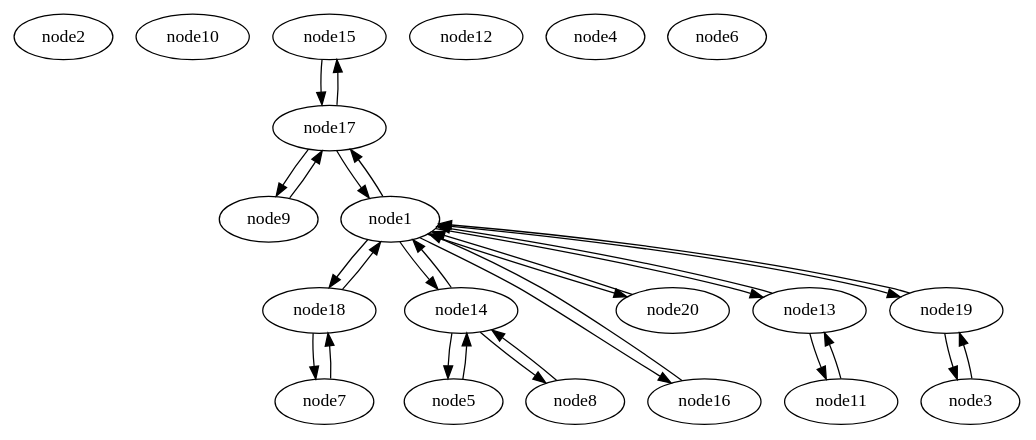
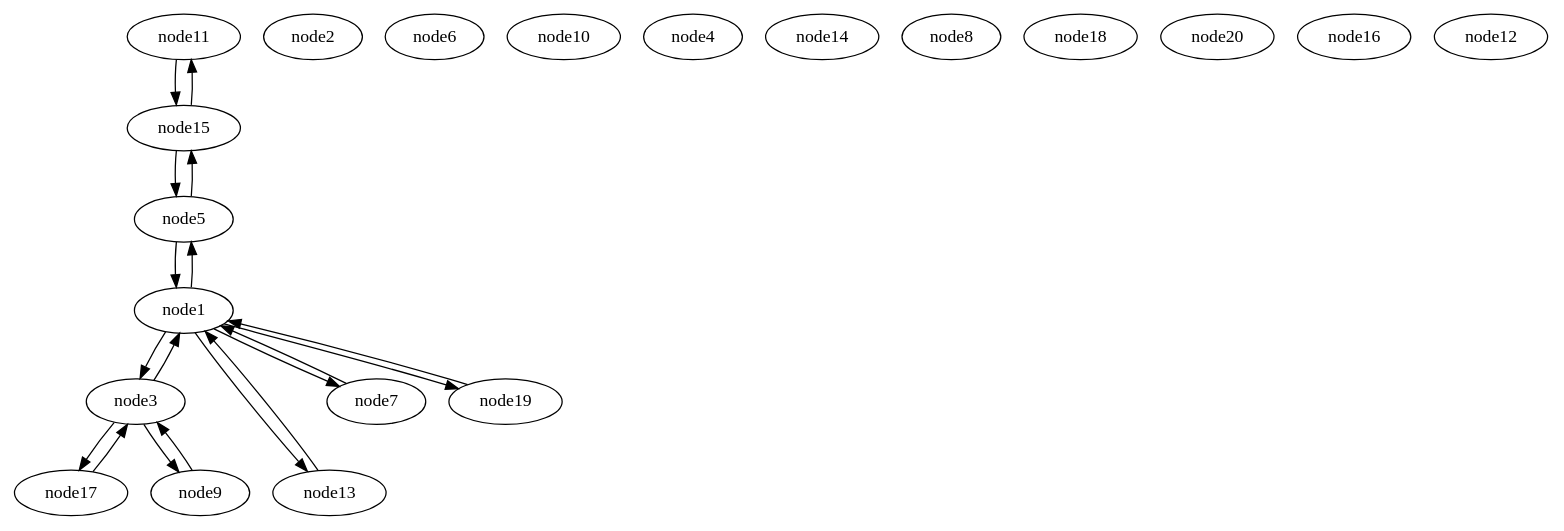
The diagram in graphs/tree_t1_after.gv (c12s/plumtree), drawn with Graphviz before and after one commit. The commit also changed 15 other files, not shown here.

```diff
--- a/graphs/tree_t1_after.gv
+++ b/graphs/tree_t1_after.gv
@@ -1,100 +1,80 @@
 strict digraph {
 
 
+	"node11" [  weight=0 ];
+
+	"node11" -> "node15" [  weight=0 ];
+
 	"node2" [  weight=0 ];
+
+	"node3" [  weight=0 ];
+
+	"node3" -> "node1" [  weight=0 ];
+
+	"node3" -> "node17" [  weight=0 ];
+
+	"node3" -> "node9" [  weight=0 ];
+
+	"node9" [  weight=0 ];
+
+	"node9" -> "node3" [  weight=0 ];
+
+	"node13" [  weight=0 ];
+
+	"node13" -> "node1" [  weight=0 ];
+
+	"node6" [  weight=0 ];
 
 	"node10" [  weight=0 ];
 
 	"node15" [  weight=0 ];
 
-	"node15" -> "node17" [  weight=0 ];
+	"node15" -> "node5" [  weight=0 ];
+
+	"node15" -> "node11" [  weight=0 ];
+
+	"node4" [  weight=0 ];
+
+	"node14" [  weight=0 ];
 
 	"node7" [  weight=0 ];
 
-	"node7" -> "node18" [  weight=0 ];
+	"node7" -> "node1" [  weight=0 ];
 
-	"node9" [  weight=0 ];
+	"node1" [  weight=0 ];
 
-	"node9" -> "node17" [  weight=0 ];
+	"node1" -> "node7" [  weight=0 ];
 
-	"node14" [  weight=0 ];
+	"node1" -> "node13" [  weight=0 ];
 
-	"node14" -> "node1" [  weight=0 ];
+	"node1" -> "node19" [  weight=0 ];
 
-	"node14" -> "node5" [  weight=0 ];
+	"node1" -> "node3" [  weight=0 ];
 
-	"node14" -> "node8" [  weight=0 ];
+	"node1" -> "node5" [  weight=0 ];
 
-	"node16" [  weight=0 ];
+	"node5" [  weight=0 ];
 
-	"node16" -> "node1" [  weight=0 ];
+	"node5" -> "node1" [  weight=0 ];
 
-	"node12" [  weight=0 ];
+	"node5" -> "node15" [  weight=0 ];
 
 	"node17" [  weight=0 ];
 
-	"node17" -> "node1" [  weight=0 ];
-
-	"node17" -> "node15" [  weight=0 ];
-
-	"node17" -> "node9" [  weight=0 ];
-
-	"node20" [  weight=0 ];
-
-	"node20" -> "node1" [  weight=0 ];
-
-	"node1" [  weight=0 ];
-
-	"node1" -> "node20" [  weight=0 ];
-
-	"node1" -> "node13" [  weight=0 ];
-
-	"node1" -> "node14" [  weight=0 ];
-
-	"node1" -> "node16" [  weight=0 ];
-
-	"node1" -> "node17" [  weight=0 ];
-
-	"node1" -> "node18" [  weight=0 ];
-
-	"node1" -> "node19" [  weight=0 ];
+	"node17" -> "node3" [  weight=0 ];
 
 	"node8" [  weight=0 ];
 
-	"node8" -> "node14" [  weight=0 ];
-
-	"node4" [  weight=0 ];
-
-	"node6" [  weight=0 ];
-
-	"node13" [  weight=0 ];
-
-	"node13" -> "node1" [  weight=0 ];
-
-	"node13" -> "node11" [  weight=0 ];
-
 	"node18" [  weight=0 ];
-
-	"node18" -> "node1" [  weight=0 ];
-
-	"node18" -> "node7" [  weight=0 ];
-
-	"node5" [  weight=0 ];
-
-	"node5" -> "node14" [  weight=0 ];
-
-	"node11" [  weight=0 ];
-
-	"node11" -> "node13" [  weight=0 ];
-
-	"node3" [  weight=0 ];
-
-	"node3" -> "node19" [  weight=0 ];
 
 	"node19" [  weight=0 ];
 
 	"node19" -> "node1" [  weight=0 ];
 
-	"node19" -> "node3" [  weight=0 ];
+	"node20" [  weight=0 ];
+
+	"node16" [  weight=0 ];
+
+	"node12" [  weight=0 ];
 
 }
```
